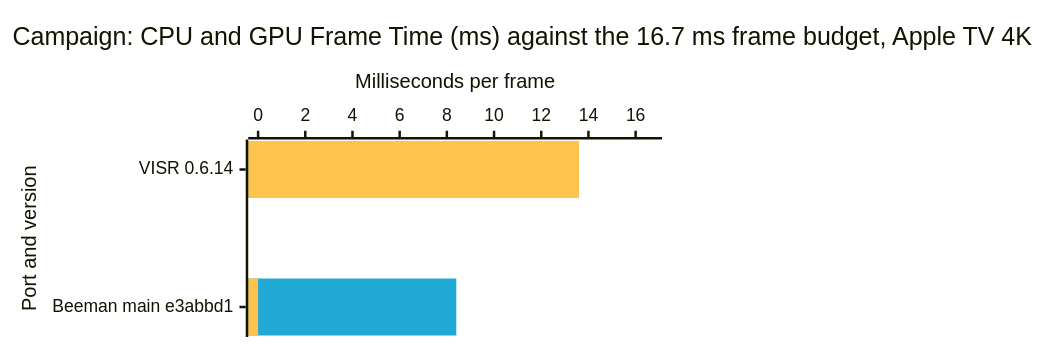
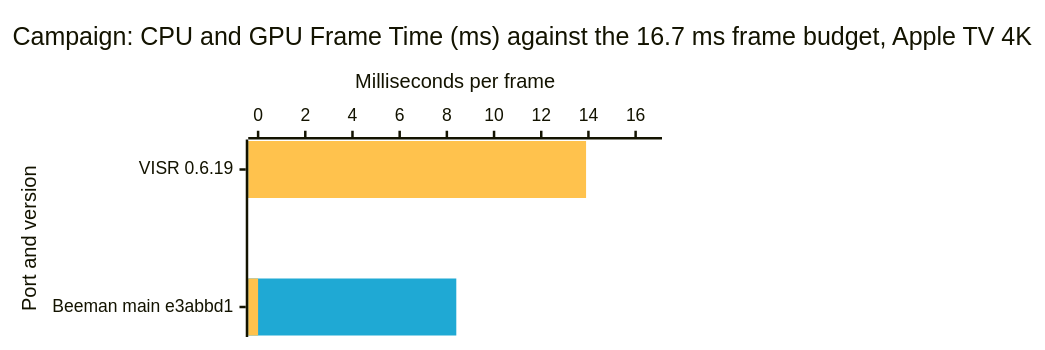
One commit to VISR-CE/visr changed the fifth of 8 diagrams in docs/benchmarks.md. Above: the diagram before and after it, drawn with Mermaid. The commit also changed other lines of this file and 4 other files, not shown here.

````diff
--- a/docs/benchmarks.md
+++ b/docs/benchmarks.md
@@ -138,17 +138,17 @@
 ```mermaid
 ---
 config:
   xyChart:
     width: 520
     height: 260
   themeVariables:
     xyChart:
       plotColorPalette: "#1fa9d4, #ffc24d"
 ---
 xychart-beta horizontal
     title "Campaign: CPU and GPU Frame Time (ms) against the 16.7 ms frame budget, Apple TV 4K"
-    x-axis "Port and version" ["VISR 0.6.14", "Beeman main e3abbd1"]
+    x-axis "Port and version" ["VISR 0.6.19", "Beeman main e3abbd1"]
     y-axis "Milliseconds per frame" 0 --> 16.7
-    bar [4.6, 8.4]
-    bar [13.6, 0]
+    bar [6.2, 8.4]
+    bar [13.9, 0]
 ```
````
